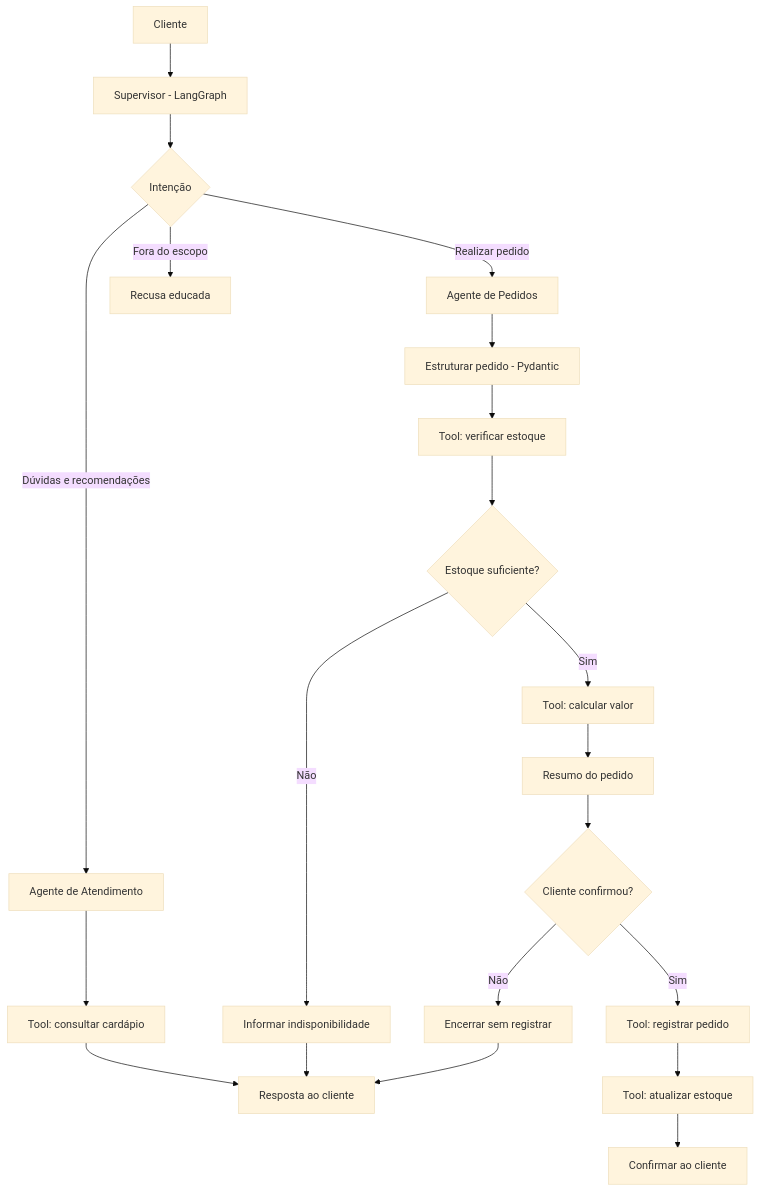
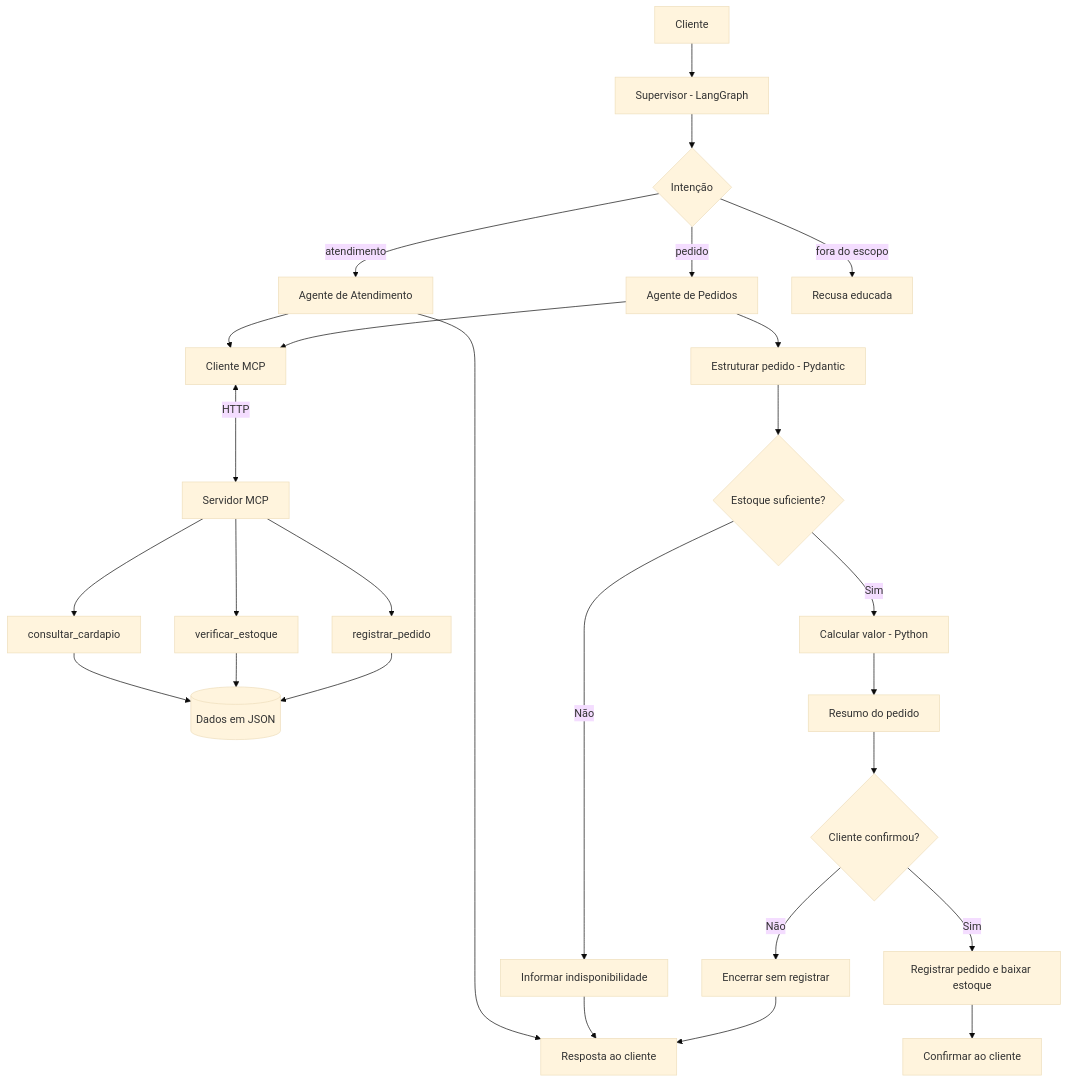
One commit to camimcl/Cafeter.IA changed the diagram in README.md. Above: the diagram before and after it, drawn with Mermaid (base theme). The commit also changed other lines of this file and 1 other file, not shown here.

First line of the commit message:
docs: atualiza README para MVP com MCP via HTTP e divisão da equipe

````diff
--- a/README.md
+++ b/README.md
@@ -52,20 +50,29 @@
 ```mermaid
 flowchart TD
     A["Cliente"] --> B["Supervisor - LangGraph"]
     B --> C{"Intenção"}
-    C -->|"Dúvidas e recomendações"| D["Agente de Atendimento"]
-    C -->|"Realizar pedido"| E["Agente de Pedidos"]
-    C -->|"Fora do escopo"| Z["Recusa educada"]
-    D --> F["Tool: consultar cardápio"] --> G["Resposta ao cliente"]
-    E --> H["Estruturar pedido - Pydantic"]
-    H --> I["Tool: verificar estoque"]
-    I --> J{"Estoque suficiente?"}
-    J -->|"Não"| K["Informar indisponibilidade"] --> G
-    J -->|"Sim"| L["Tool: calcular valor"]
-    L --> M["Resumo do pedido"]
-    M --> N{"Cliente confirmou?"}
-    N -->|"Não"| O["Encerrar sem registrar"] --> G
-    N -->|"Sim"| P["Tool: registrar pedido"]
-    P --> Q["Tool: atualizar estoque"]
-    Q --> R["Confirmar ao cliente"]
+    C -->|"atendimento"| D["Agente de Atendimento"]
+    C -->|"pedido"| E["Agente de Pedidos"]
+    C -->|"fora do escopo"| Z["Recusa educada"]
+
+    D --> F["Cliente MCP"]
+    E --> F
+    F <-->|"HTTP"| G["Servidor MCP"]
+    G --> H["consultar_cardapio"]
+    G --> I["verificar_estoque"]
+    G --> J["registrar_pedido"]
+    H --> K[("Dados em JSON")]
+    I --> K
+    J --> K
+
+    D --> L["Resposta ao cliente"]
+    E --> M["Estruturar pedido - Pydantic"]
+    M --> N{"Estoque suficiente?"}
+    N -->|"Não"| O["Informar indisponibilidade"] --> L
+    N -->|"Sim"| P["Calcular valor - Python"]
+    P --> Q["Resumo do pedido"]
+    Q --> R{"Cliente confirmou?"}
+    R -->|"Não"| S["Encerrar sem registrar"] --> L
+    R -->|"Sim"| T["Registrar pedido e baixar estoque"]
+    T --> U["Confirmar ao cliente"]
 ```
````
